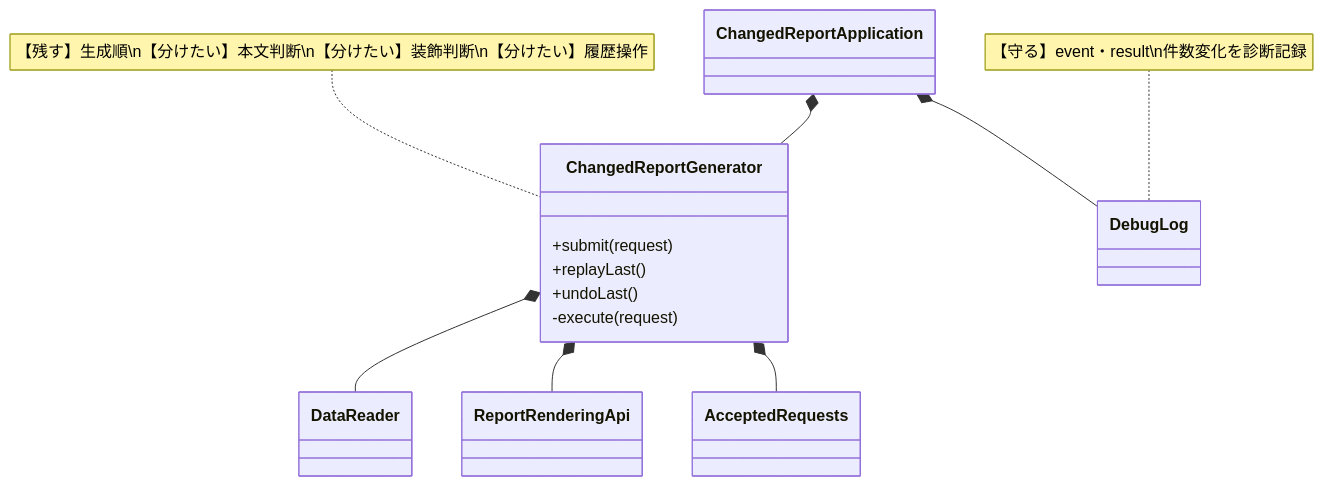
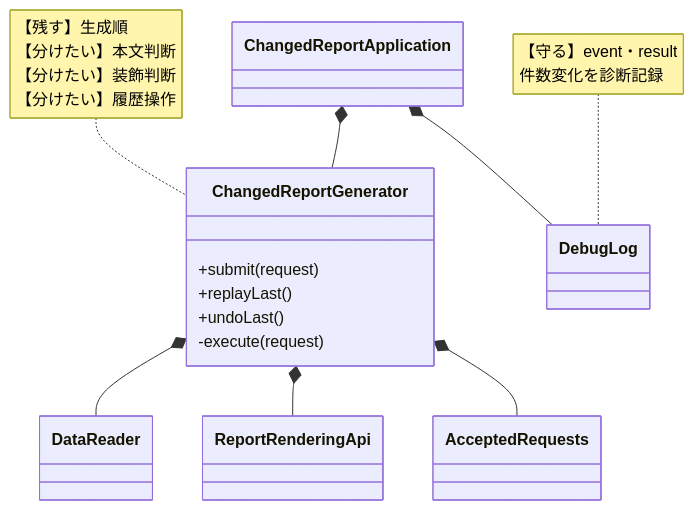
One commit to kumachan1101-pixel/DesignPattern changed the fifth of 18 diagrams in kindle/design-patterns/output/chapter11.md. Above: the diagram before and after it, drawn with Mermaid. The commit also changed other lines of this file and 43 other files, not shown here.

````diff
--- a/kindle/design-patterns/output/chapter11.md
+++ b/kindle/design-patterns/output/chapter11.md
@@ -986,29 +1031,29 @@
 ```mermaid
 classDiagram
     direction TB
     class ChangedReportGenerator {
         +submit(request)
         +replayLast()
         +undoLast()
         -execute(request)
     }
     class ChangedReportApplication
     class DebugLog
     class DataReader
     class ReportRenderingApi
     class AcceptedRequests
 
     ChangedReportApplication *-- ChangedReportGenerator
     ChangedReportApplication *-- DebugLog
     ChangedReportGenerator *-- DataReader
     ChangedReportGenerator *-- ReportRenderingApi
     ChangedReportGenerator *-- AcceptedRequests
 
-    note for ChangedReportGenerator "【残す】生成順\n【分けたい】本文判断\n【分けたい】装飾判断\n【分けたい】履歴操作"
-    note for DebugLog "【守る】event・result\n件数変化を診断記録"
+    note for ChangedReportGenerator "【残す】生成順<br/>【分けたい】本文判断<br/>【分けたい】装飾判断<br/>【分けたい】履歴操作"
+    note for DebugLog "【守る】event・result<br/>件数変化を診断記録"
 
     classDef focus fill:#FFF2CC,stroke:#D6B656,stroke-width:2px,color:#222
     classDef stable fill:#DDEBF7,stroke:#5B9BD5,stroke-width:1.5px,color:#222
     cssClass "ChangedReportGenerator" focus
     cssClass "DebugLog,DataReader,ReportRenderingApi" stable
 ```
````
